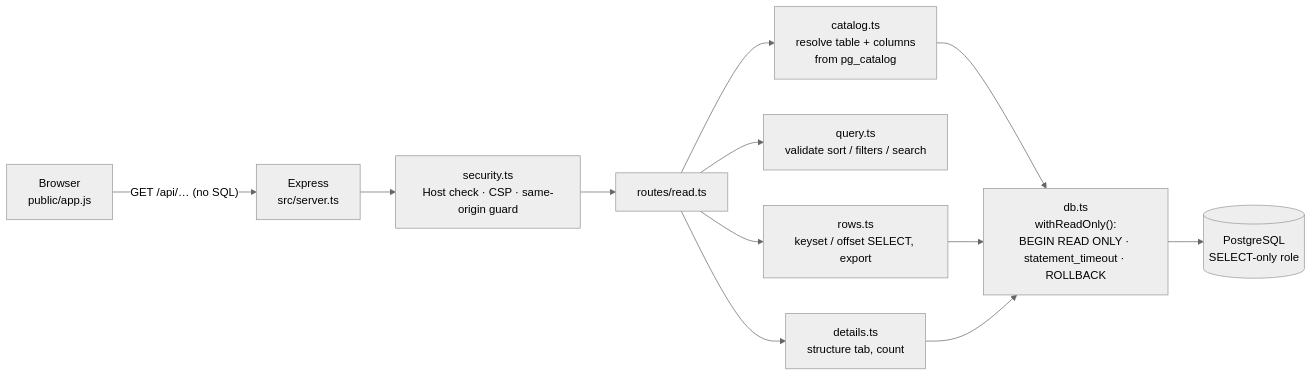
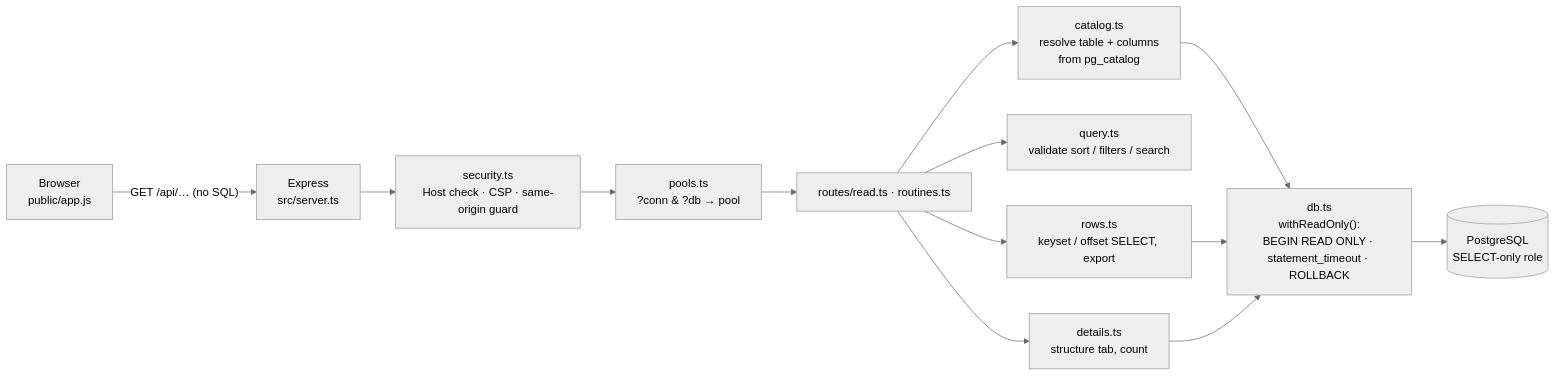
Before and after one commit to sagaryeole/PG-Studio: the diagram in docs/ARCHITECTURE.md, drawn with Mermaid (neutral theme). The commit also changed other lines of this file and 5 other files, not shown here.

````diff
--- a/docs/ARCHITECTURE.md
+++ b/docs/ARCHITECTURE.md
@@ -5,12 +5,13 @@
 ```mermaid
 flowchart LR
   B["Browser<br/>public/app.js"] -- "GET /api/… (no SQL)" --> S["Express<br/>src/server.ts"]
   S --> SEC["security.ts<br/>Host check · CSP · same-origin guard"]
-  SEC --> R["routes/read.ts"]
+  SEC --> PL["pools.ts<br/>?conn &amp; ?db → pool"]
+  PL --> R["routes/read.ts · routines.ts"]
   R --> C["catalog.ts<br/>resolve table + columns<br/>from pg_catalog"]
   R --> Q["query.ts<br/>validate sort / filters / search"]
   R --> RW["rows.ts<br/>keyset / offset SELECT, export"]
   R --> D["details.ts<br/>structure tab, count"]
   C & RW & D --> DB["db.ts<br/>withReadOnly():<br/>BEGIN READ ONLY · statement_timeout · ROLLBACK"]
   DB --> PG[("PostgreSQL<br/>SELECT-only role")]
 ```
````
